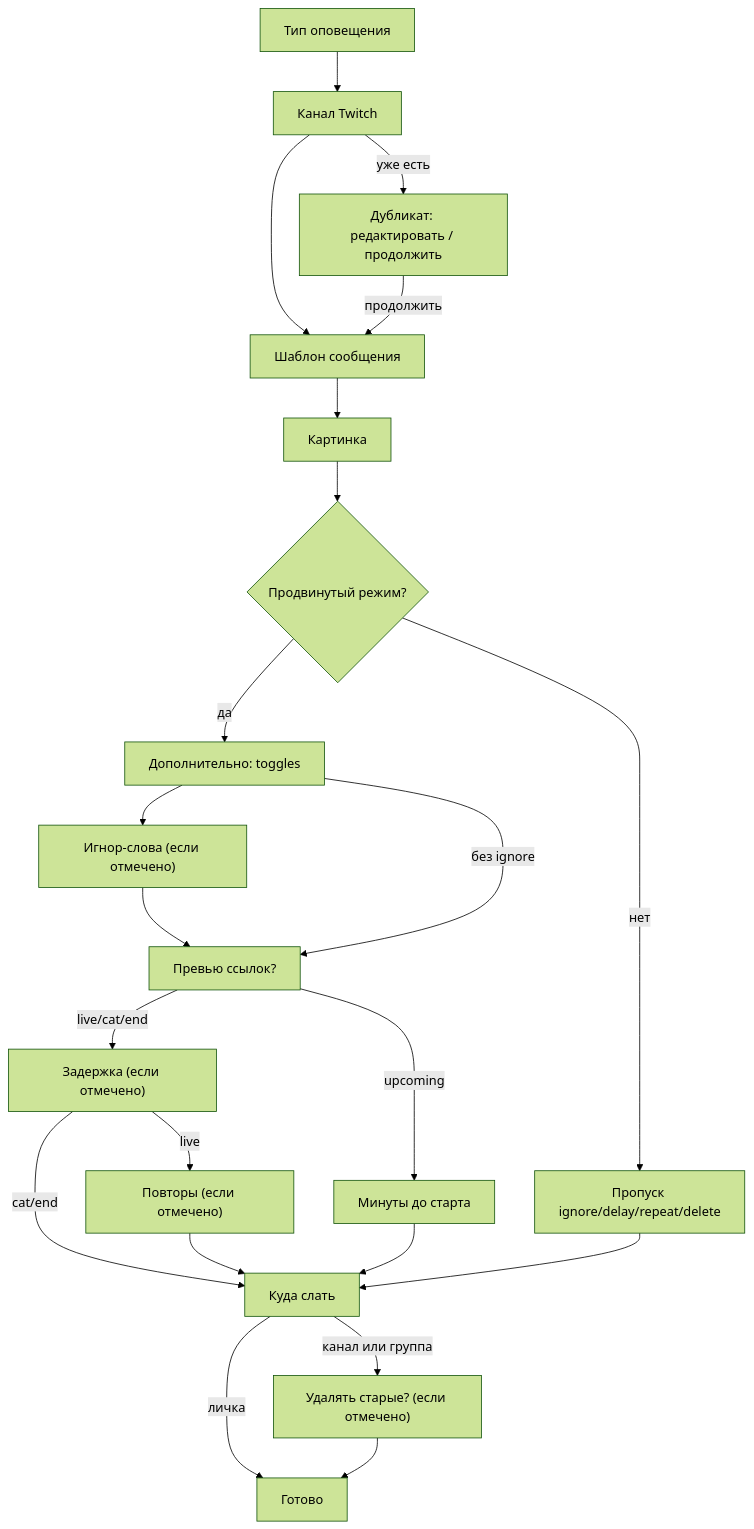
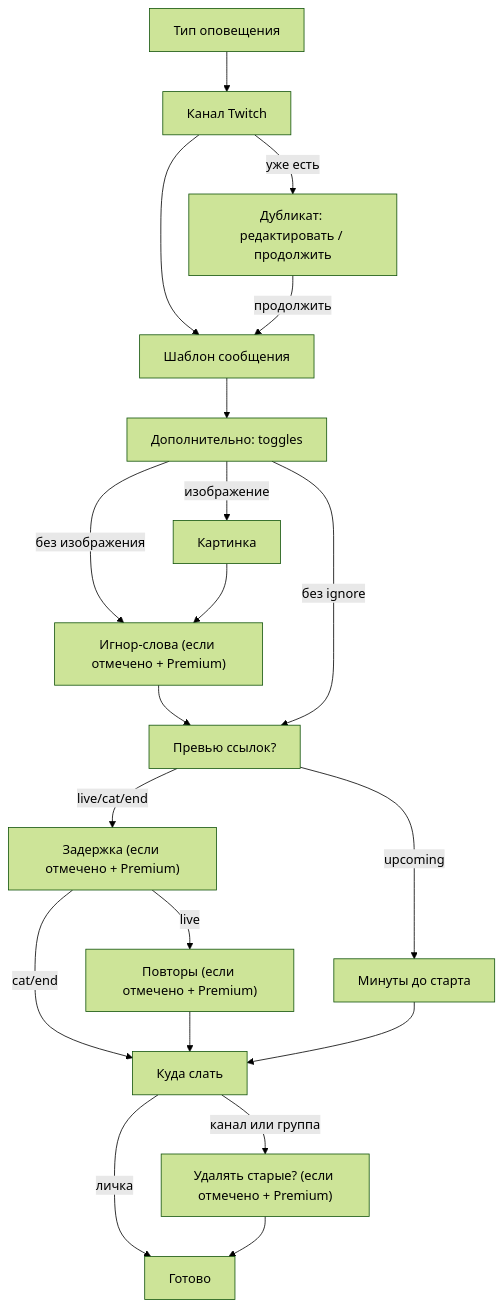
The second of 3 diagrams in docs/user-flow-map.ru.md (Marfa/twitch-telegram-bot), drawn with Mermaid (forest theme) before and after one commit. The commit also changed other lines of this file and 14 other files, not shown here.

````diff
--- a/docs/user-flow-map.ru.md
+++ b/docs/user-flow-map.ru.md
@@ -107,24 +107,22 @@
 ```mermaid
 flowchart TD
   AT["Тип оповещения"] --> CH["Канал Twitch"]
   CH -->|уже есть| DUP["Дубликат: редактировать / продолжить"]
   CH --> TPL["Шаблон сообщения"]
   DUP -->|продолжить| TPL
-  TPL --> IMG["Картинка"]
-  IMG --> ADV{"Продвинутый режим?"}
-  ADV -->|да| OPT["Дополнительно: toggles"]
-  ADV -->|нет| SKIP["Пропуск ignore/delay/repeat/delete"]
-  OPT --> IGN["Игнор-слова (если отмечено)"]
+  TPL --> OPT["Дополнительно: toggles"]
+  OPT -->|изображение| IMG["Картинка"]
+  OPT -->|без изображения| IGN["Игнор-слова (если отмечено + Premium)"]
+  IMG --> IGN
   IGN --> LP["Превью ссылок?"]
   OPT -->|без ignore| LP
   LP -->|upcoming| SRM["Минуты до старта"]
-  LP -->|live/cat/end| DL["Задержка (если отмечено)"]
-  DL -->|live| RP["Повторы (если отмечено)"]
+  LP -->|live/cat/end| DL["Задержка (если отмечено + Premium)"]
+  DL -->|live| RP["Повторы (если отмечено + Premium)"]
   DL -->|cat/end| DEST
   RP --> DEST["Куда слать"]
   SRM --> DEST
-  SKIP --> DEST
   DEST -->|личка| DONE["Готово"]
-  DEST -->|канал или группа| DEL["Удалять старые? (если отмечено)"]
+  DEST -->|канал или группа| DEL["Удалять старые? (если отмечено + Premium)"]
   DEL --> DONE
 ```
````
